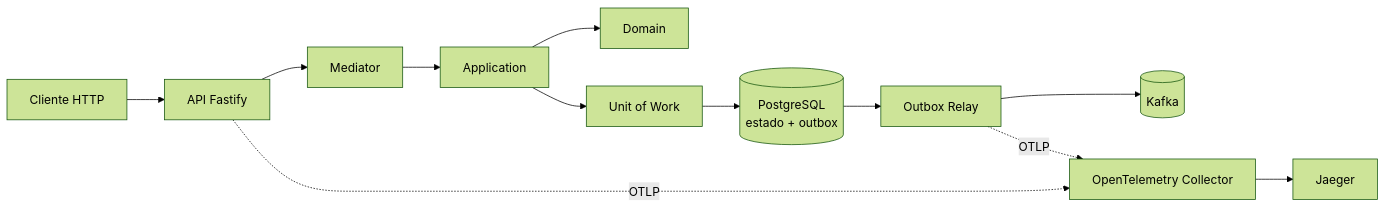
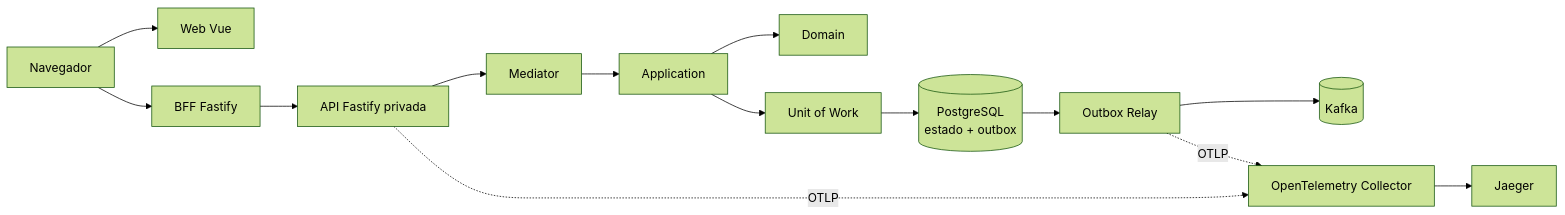
Before and after one commit to MauricioGomes02/servir: the first of 2 diagrams in README.md, drawn with Mermaid (forest theme). The commit also changed other lines of this file and 47 other files, not shown here.

First line of the commit message:
feat(frontend): add accessible web foundation and bff

````diff
--- a/README.md
+++ b/README.md
@@ -68,14 +69,16 @@
 ```mermaid
 flowchart LR
-    Client[Cliente HTTP] --> API[API Fastify]
+    Client[Navegador] --> WEB[Web Vue]
+    Client --> BFF[BFF Fastify]
+    BFF --> API[API Fastify privada]
     API --> MED[Mediator]
     MED --> APP[Application]
     APP --> DOMAIN[Domain]
     APP --> UOW[Unit of Work]
     UOW --> PG[(PostgreSQL<br/>estado + outbox)]
     PG --> RELAY[Outbox Relay]
     RELAY --> KAFKA[(Kafka)]
     API -. OTLP .-> OTEL[OpenTelemetry Collector]
     RELAY -. OTLP .-> OTEL
     OTEL --> JAEGER[Jaeger]
 ```
````
